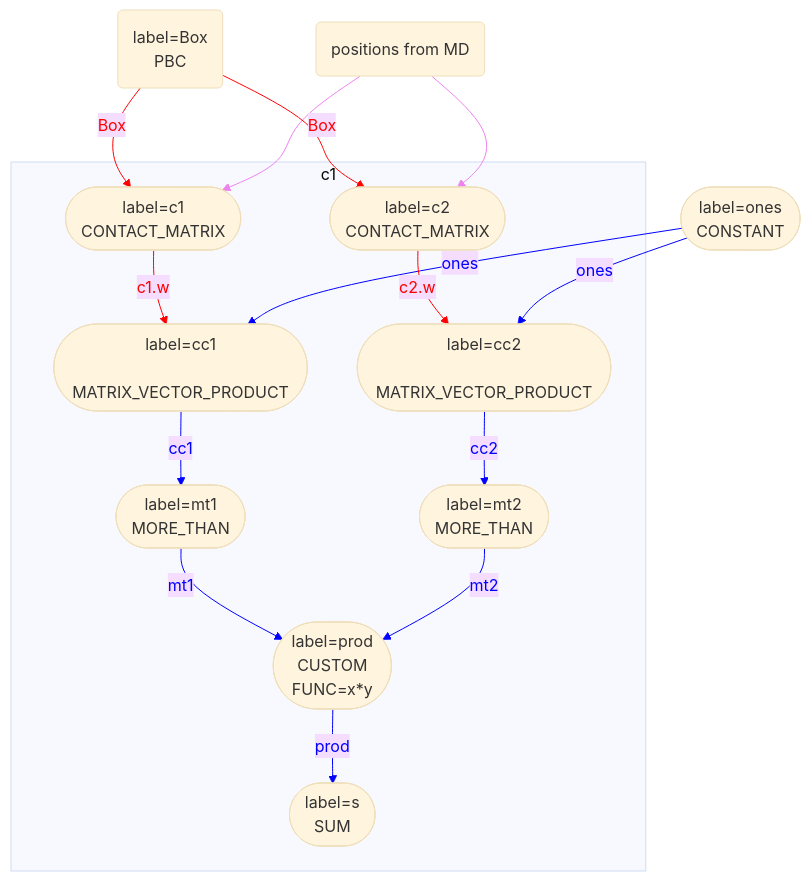
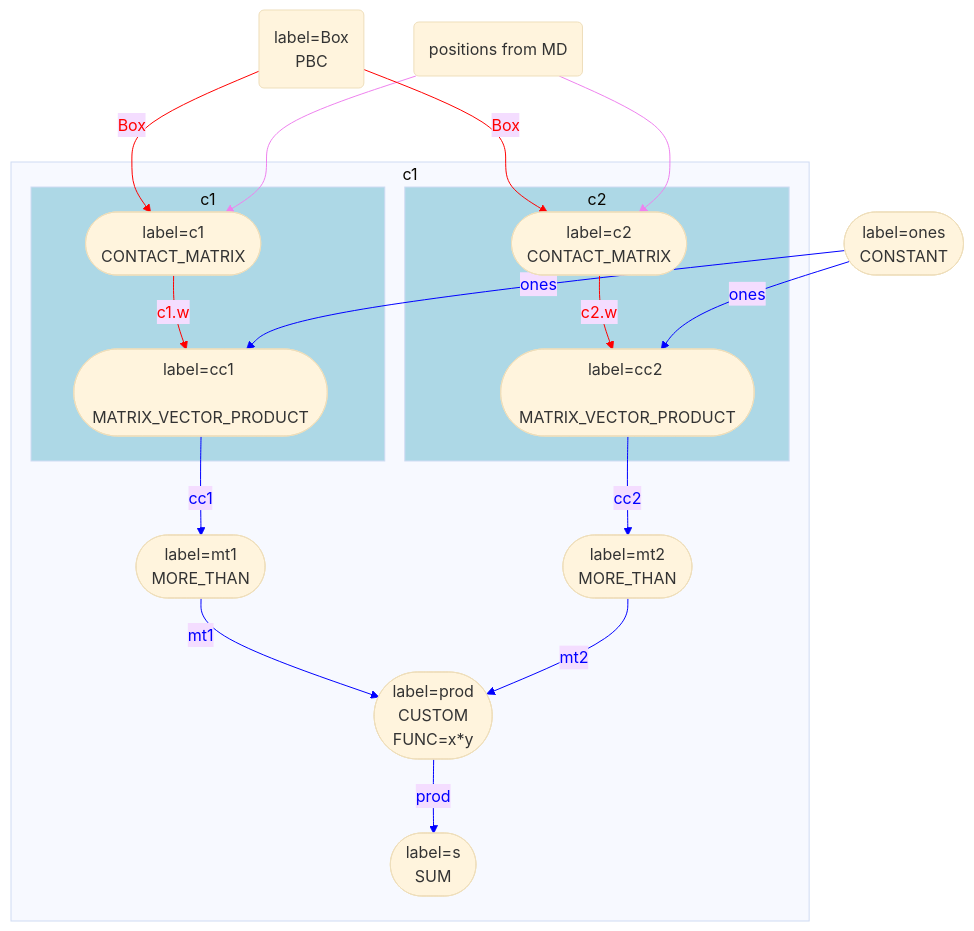
The second of 2 diagrams in Tasks.md (gtribello/plumed-thoughts), drawn with Mermaid (base theme) before and after one commit. The commit also changed other lines of this file and 1 other file, not shown here.

Commit message:
updated graphs in these articles

````diff
--- a/Tasks.md
+++ b/Tasks.md
@@ -150,63 +150,69 @@
 ```mermaid
-flowchart TB
+flowchart TB 
 MD(positions from MD)
 Box("label=Box 
- PBC
+ PBC 
 ")
-ones(["label=ones
- CONSTANT
+ones(["label=ones 
+ CONSTANT 
 "])
 Box -- Box --> c1
 linkStyle 0 stroke:red,color:red;
 MD --> c1
 linkStyle 1 stroke:violet,color:violet;
 subgraph subc1 [c1]
-c1(["label=c1
- CONTACT_MATRIX
+subgraph subc1_mat [c1]
+c1(["label=c1 
+ CONTACT_MATRIX 
 "])
-cc1(["label=cc1
- MATRIX_VECTOR_PRODUCT
+cc1(["label=cc1 
+ MATRIX_VECTOR_PRODUCT 
 "])
-mt1(["label=mt1
- MORE_THAN
+end
+style subc1_mat fill:lightblue
+mt1(["label=mt1 
+ MORE_THAN 
 "])
-c2(["label=c2
- CONTACT_MATRIX
+subgraph subc2_mat [c2]
+c2(["label=c2 
+ CONTACT_MATRIX 
 "])
-cc2(["label=cc2
- MATRIX_VECTOR_PRODUCT
+cc2(["label=cc2 
+ MATRIX_VECTOR_PRODUCT 
 "])
-mt2(["label=mt2
- MORE_THAN
+end
+style subc2_mat fill:lightblue
+mt2(["label=mt2 
+ MORE_THAN 
 "])
-prod(["label=prod
+prod(["label=prod 
  CUSTOM
 FUNC=x*y 
 "])
 s(["label=s 
  SUM 
 "])
 end
 c1 -- c1.w --> cc1
 linkStyle 2 stroke:red,color:red;
 ones -- ones --> cc1
 linkStyle 3 stroke:blue,color:blue;
 cc1 -- cc1 --> mt1
 linkStyle 4 stroke:blue,color:blue;
 Box -- Box --> c2
 linkStyle 5 stroke:red,color:red;
 MD --> c2
 linkStyle 6 stroke:violet,color:violet;
 c2 -- c2.w --> cc2
 linkStyle 7 stroke:red,color:red;
 ones -- ones --> cc2
 linkStyle 8 stroke:blue,color:blue;
 cc2 -- cc2 --> mt2
 linkStyle 9 stroke:blue,color:blue;
 mt1 -- mt1 --> prod
 linkStyle 10 stroke:blue,color:blue;
 mt2 -- mt2 --> prod
 linkStyle 11 stroke:blue,color:blue;
 prod -- prod --> s
 linkStyle 12 stroke:blue,color:blue;
 ```
````
